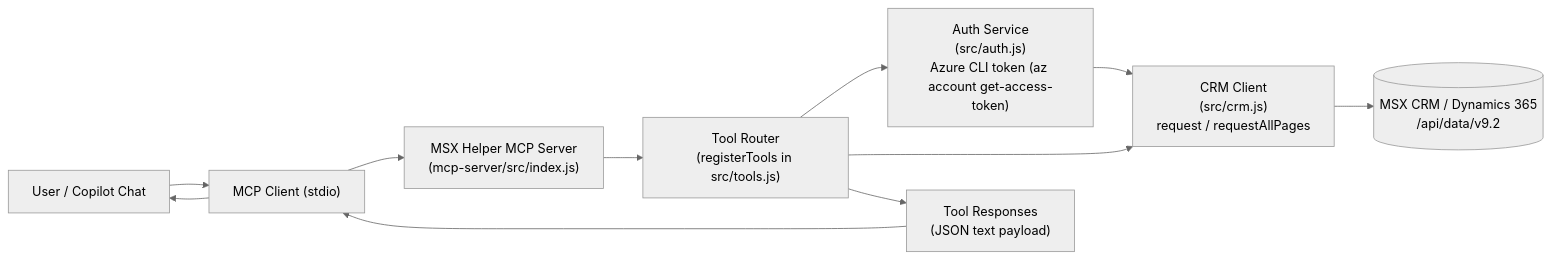
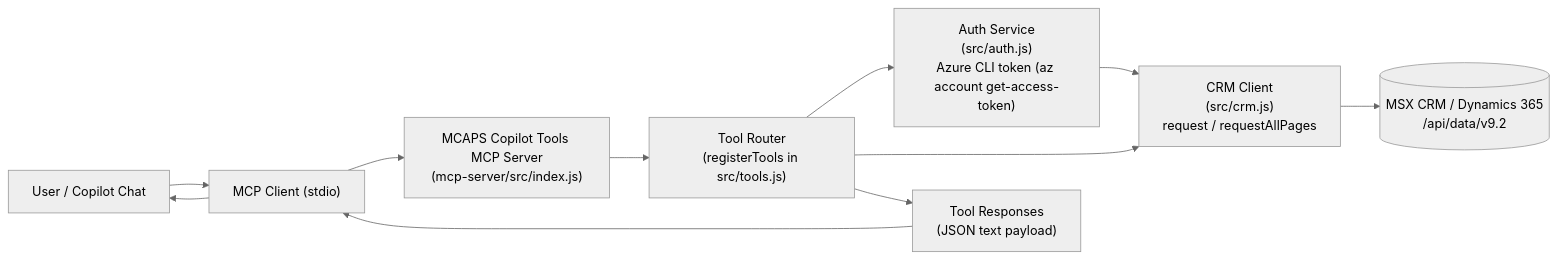
The first of 3 diagrams in docs/architecture-msx-mcp.md (JinLee794/mcaps-copilot-tools), drawn with Mermaid (neutral theme) before and after one commit. The commit also changed other lines of this file and 1 other file, not shown here.

````diff
--- a/docs/architecture-msx-mcp.md
+++ b/docs/architecture-msx-mcp.md
@@ -7,16 +9,16 @@
 ```mermaid
 flowchart LR
   U[User / Copilot Chat] --> C["MCP Client (stdio)"]
-  C --> S["MSX Helper MCP Server\n(mcp-server/src/index.js)"]
+  C --> S["MCAPS Copilot Tools MCP Server\n(mcp-server/src/index.js)"]
 
   S --> T["Tool Router\n(registerTools in src/tools.js)"]
   T --> A["Auth Service\n(src/auth.js)\nAzure CLI token (az account get-access-token)"]
   T --> R["CRM Client\n(src/crm.js)\nrequest / requestAllPages"]
 
   A --> R
   R --> D[("MSX CRM / Dynamics 365\n/api/data/v9.2")]
 
   T --> O["Tool Responses\n(JSON text payload)"]
   O --> C
   C --> U
 ```
````
